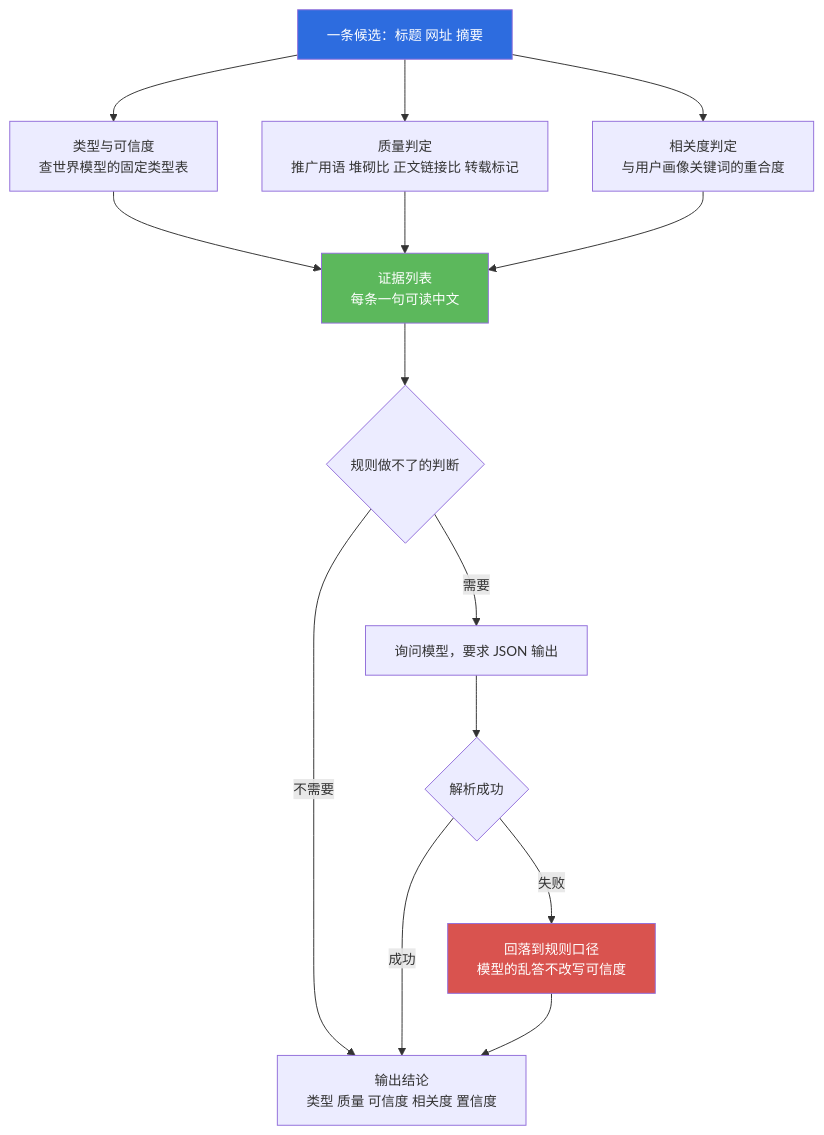
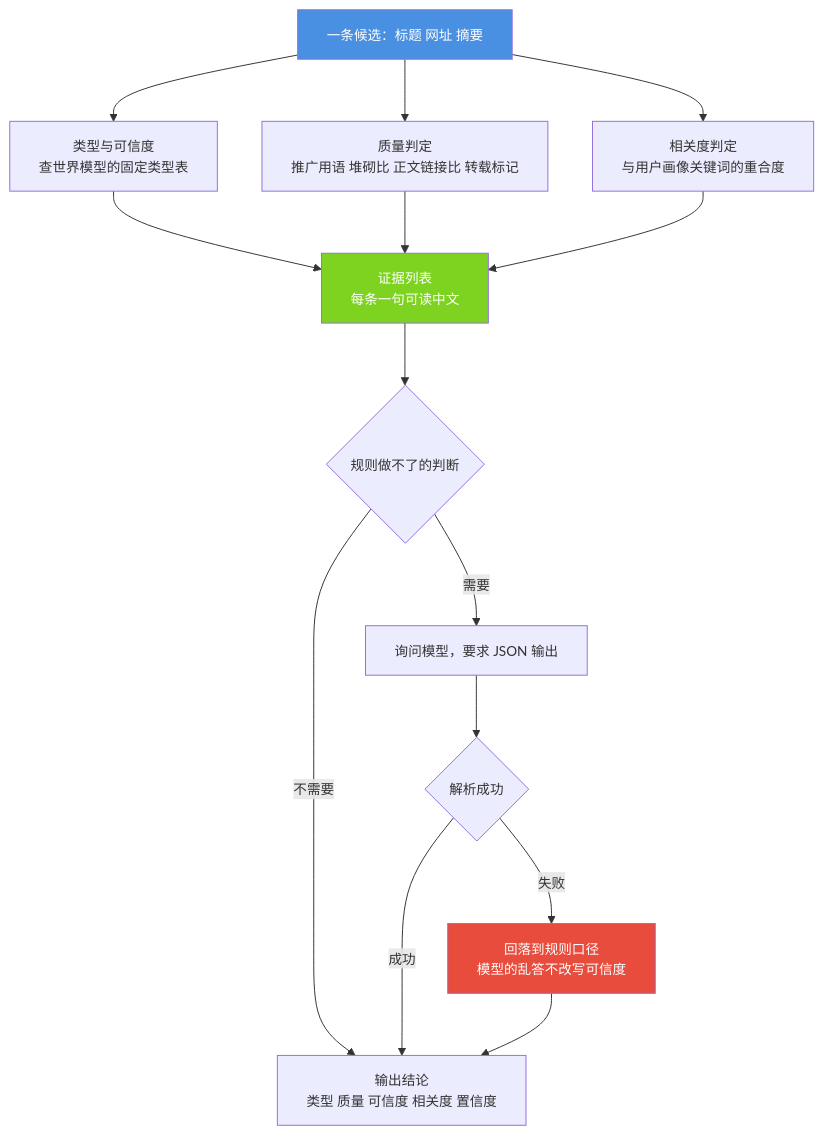
Before and after one commit to jiangchuangege/xiaojiao-harnees: the third of 6 diagrams in docs/modules/06-world.md, drawn with Mermaid. The commit also changed other lines of this file and 32 other files, not shown here.

Commit message:
统一：全仓原理图配色到一套调色板 + 给 12 张灰图补色 + 修正自己会睡那张过期图

````diff
--- a/docs/modules/06-world.md
+++ b/docs/modules/06-world.md
@@ -245,21 +245,21 @@
 ```mermaid
 %%{init: {"themeVariables": {"fontSize": "14px"}, "flowchart": {"htmlLabels": true, "wrappingWidth": 340, "nodeSpacing": 46, "rankSpacing": 64, "useMaxWidth": true}}}%%
 flowchart TB
     IN["一条候选：标题 网址 摘要"] --> T["类型与可信度<br/>查世界模型的固定类型表"]
     IN --> Q["质量判定<br/>推广用语 堆砌比 正文链接比 转载标记"]
     IN --> R["相关度判定<br/>与用户画像关键词的重合度"]
     T --> EV["证据列表<br/>每条一句可读中文"]
     Q --> EV
     R --> EV
     EV --> NEED{"规则做不了的判断"}
     NEED -->|"不需要"| OUT["输出结论<br/>类型 质量 可信度 相关度 置信度"]
     NEED -->|"需要"| LLM["询问模型，要求 JSON 输出"]
     LLM --> PARSE{"解析成功"}
     PARSE -->|"成功"| OUT
     PARSE -->|"失败"| OUT2["回落到规则口径<br/>模型的乱答不改写可信度"]
     OUT2 --> OUT
 
-    style IN fill:#2d6cdf,color:#fff
-    style EV fill:#5cb85c,color:#fff
-    style OUT2 fill:#d9534f,color:#fff
+    style IN fill:#4A90E2,color:#fff
+    style EV fill:#7ED321,color:#fff
+    style OUT2 fill:#E74C3C,color:#fff
 ```
````
